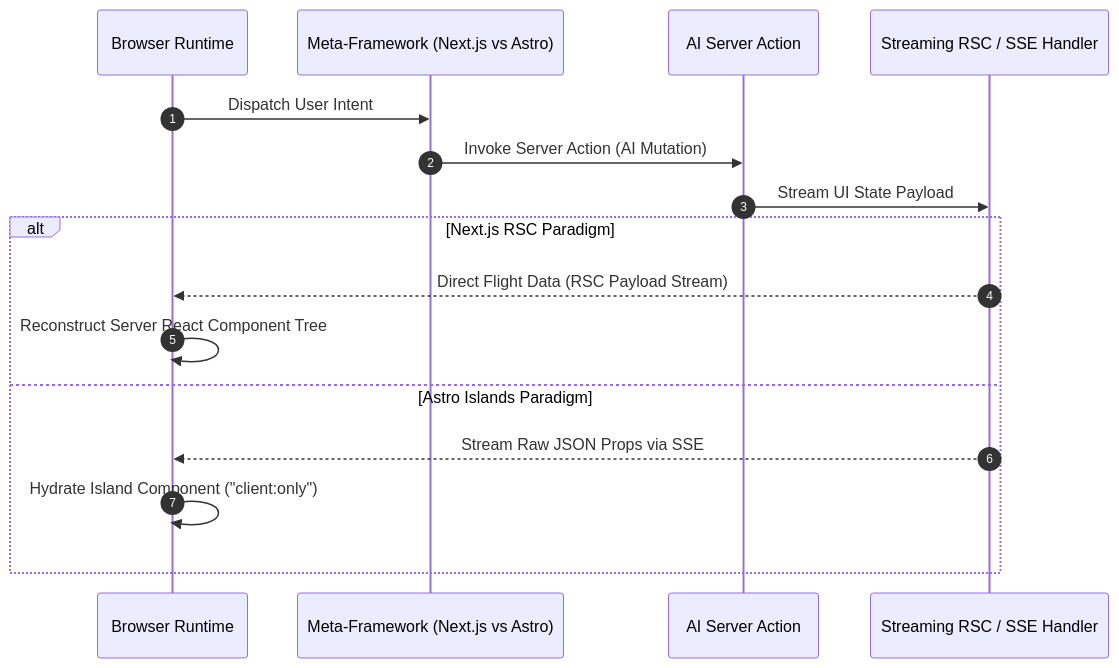
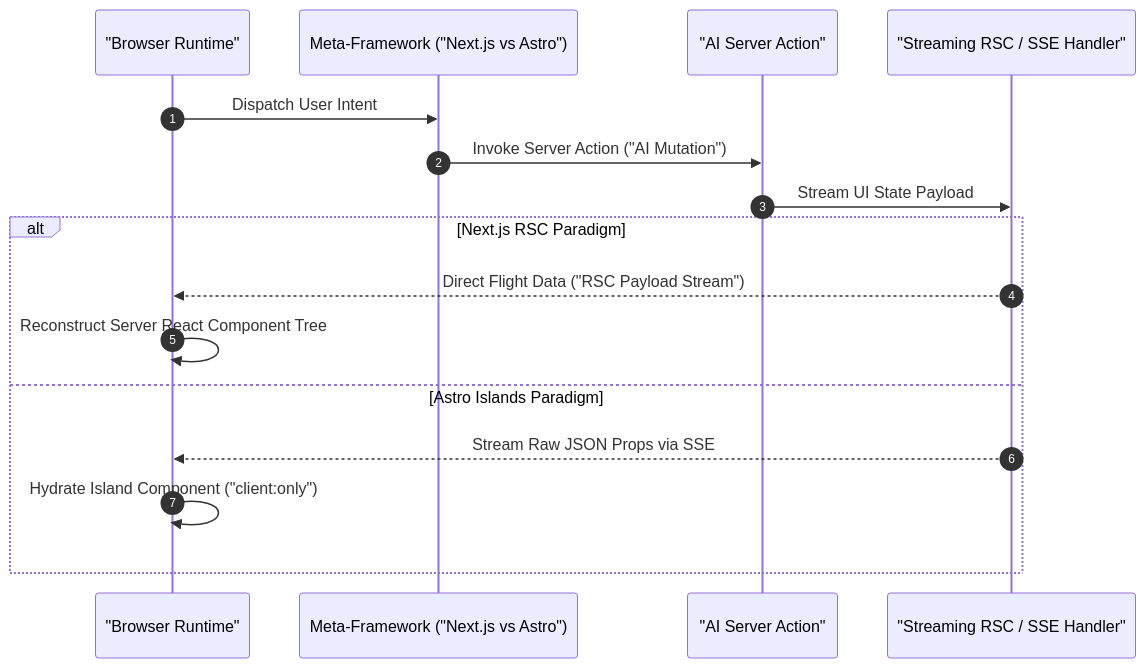
The second of 3 diagrams in content/series/generative-ui-architecture/part-2-state-management.md (vesviet/vesviet), drawn with Mermaid before and after one commit. The commit also changed other lines of this file and 331 other files, not shown here.

````diff
--- a/content/series/generative-ui-architecture/part-2-state-management.md
+++ b/content/series/generative-ui-architecture/part-2-state-management.md
@@ -58,19 +59,19 @@
 ```mermaid
 sequenceDiagram
     autonumber
-    participant Client as Browser Runtime
-    participant Framework as Meta-Framework (Next.js vs Astro)
-    participant ServerAction as AI Server Action
-    participant Stream as Streaming RSC / SSE Handler
+    participant Client as "Browser Runtime"
+    participant Framework as Meta-Framework ("Next.js vs Astro")
+    participant ServerAction as "AI Server Action"
+    participant Stream as "Streaming RSC / SSE Handler"
 
     Client->>Framework: Dispatch User Intent
-    Framework->>ServerAction: Invoke Server Action (AI Mutation)
+    Framework->>ServerAction: Invoke Server Action ("AI Mutation")
     ServerAction->>Stream: Stream UI State Payload
     alt Next.js RSC Paradigm
-        Stream-->>Client: Direct Flight Data (RSC Payload Stream)
+        Stream-->>Client: Direct Flight Data ("RSC Payload Stream")
         Client->>Client: Reconstruct Server React Component Tree
     else Astro Islands Paradigm
         Stream-->>Client: Stream Raw JSON Props via SSE
         Client->>Client: Hydrate Island Component ("client:only")
     end
 ```
````
